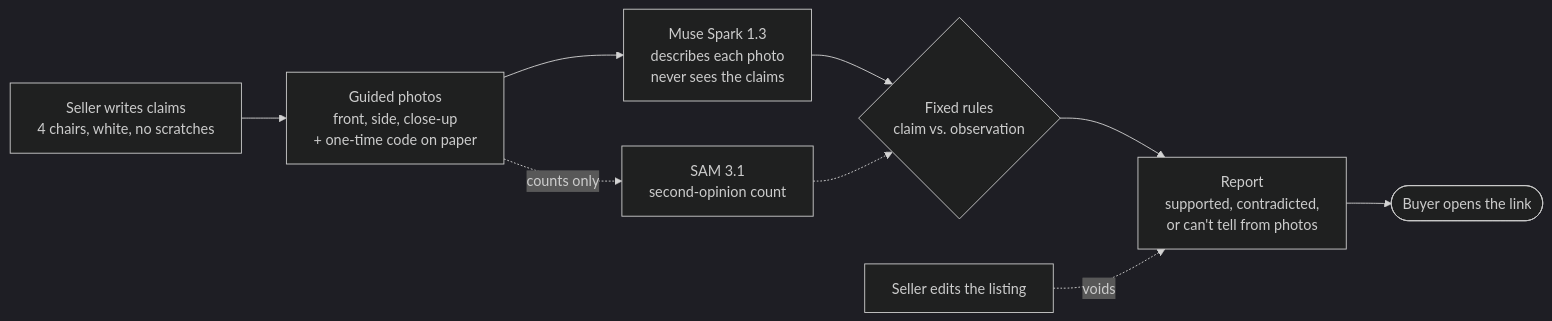
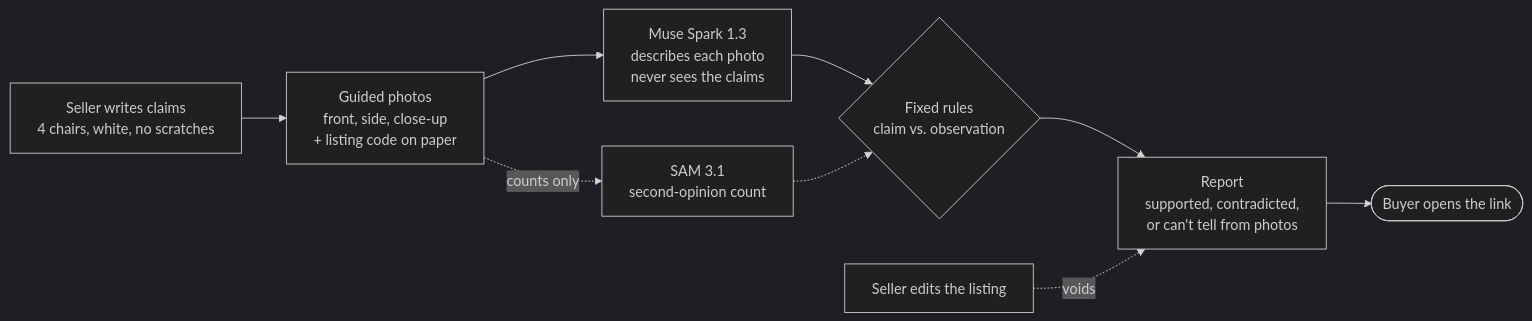
Before and after one commit to cpu-16/verified-asset: the diagram in README.md, drawn with Mermaid (dark theme). The commit also changed other lines of this file and 3 other files, not shown here.

````diff
--- a/README.md
+++ b/README.md
@@ -43,11 +43,11 @@
 ```mermaid
 flowchart LR
-    claims["Seller writes claims<br/>4 chairs, white, no scratches"] --> photos["Guided photos<br/>front, side, close-up<br/>+ one-time code on paper"]
+    claims["Seller writes claims<br/>4 chairs, white, no scratches"] --> photos["Guided photos<br/>front, side, close-up<br/>+ listing code on paper"]
     photos --> spark["Muse Spark 1.3<br/>describes each photo<br/>never sees the claims"]
     photos -. counts only .-> sam["SAM 3.1<br/>second-opinion count"]
     spark --> rules{"Fixed rules<br/>claim vs. observation"}
     sam -.-> rules
     rules --> report["Report<br/>supported, contradicted,<br/>or can't tell from photos"]
     report --> buyer(["Buyer opens the link"])
     edit["Seller edits the listing"] -. voids .-> report
 ```
````
